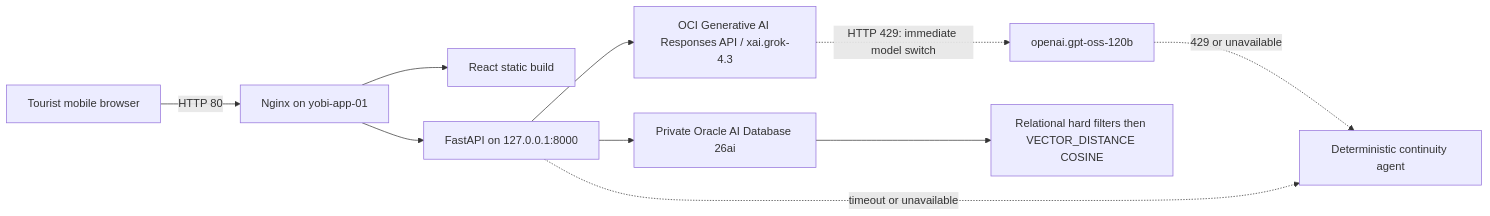
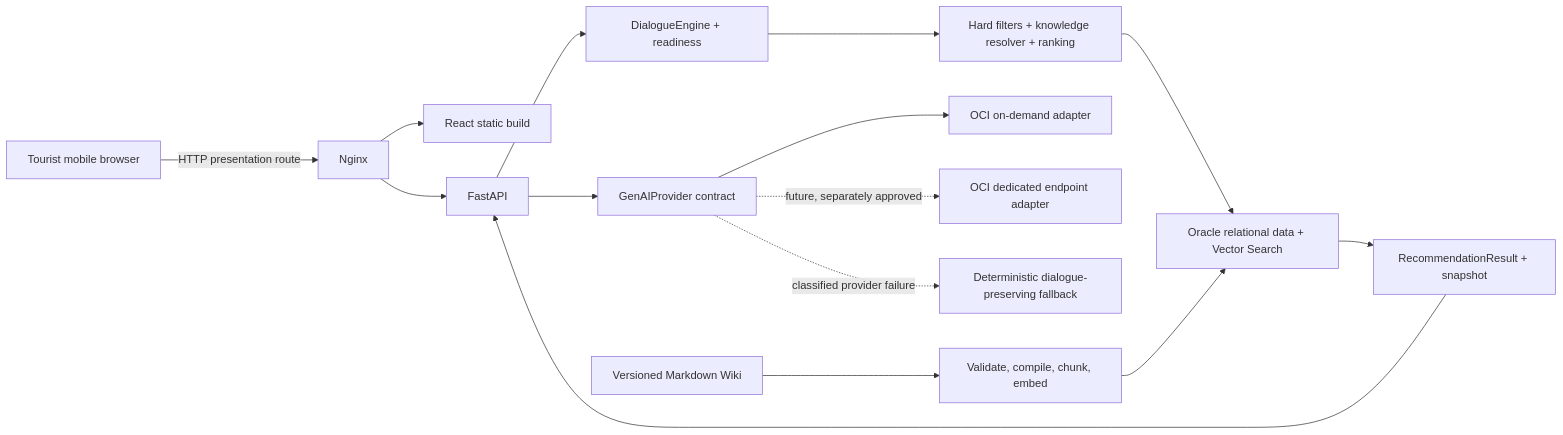
Before and after one commit to barleylover/YOBI: the diagram in docs/ARCHITECTURE.md, drawn with Mermaid. The commit also changed other lines of this file and 117 other files, not shown here.

````diff
--- a/docs/ARCHITECTURE.md
+++ b/docs/ARCHITECTURE.md
@@ -7,12 +7,17 @@
 ```mermaid
 flowchart LR
-  U["Tourist mobile browser"] -->|"HTTP 80"| N["Nginx on yobi-app-01"]
+  U["Tourist mobile browser"] -->|"HTTP presentation route"| N["Nginx"]
   N --> F["React static build"]
-  N --> A["FastAPI on 127.0.0.1:8000"]
-  A --> G["OCI Generative AI Responses API / xai.grok-4.3"]
-  G -. "HTTP 429: immediate model switch" .-> O["openai.gpt-oss-120b"]
-  O -. "429 or unavailable" .-> C["Deterministic continuity agent"]
-  A --> D["Private Oracle AI Database 26ai"]
-  D --> V["Relational hard filters then VECTOR_DISTANCE COSINE"]
-  A -. "timeout or unavailable" .-> C
+  N --> A["FastAPI"]
+  A --> DLG["DialogueEngine + readiness"]
+  DLG --> REC["Hard filters + knowledge resolver + ranking"]
+  REC --> DB["Oracle relational data + Vector Search"]
+  DB --> SNAP["RecommendationResult + snapshot"]
+  SNAP --> A
+  A --> GEN["GenAIProvider contract"]
+  GEN --> OD["OCI on-demand adapter"]
+  GEN -. "future, separately approved" .-> DE["OCI dedicated endpoint adapter"]
+  GEN -. "classified provider failure" .-> DET["Deterministic dialogue-preserving fallback"]
+  WIKI["Versioned Markdown Wiki"] --> COMP["Validate, compile, chunk, embed"]
+  COMP --> DB
 ```
````
